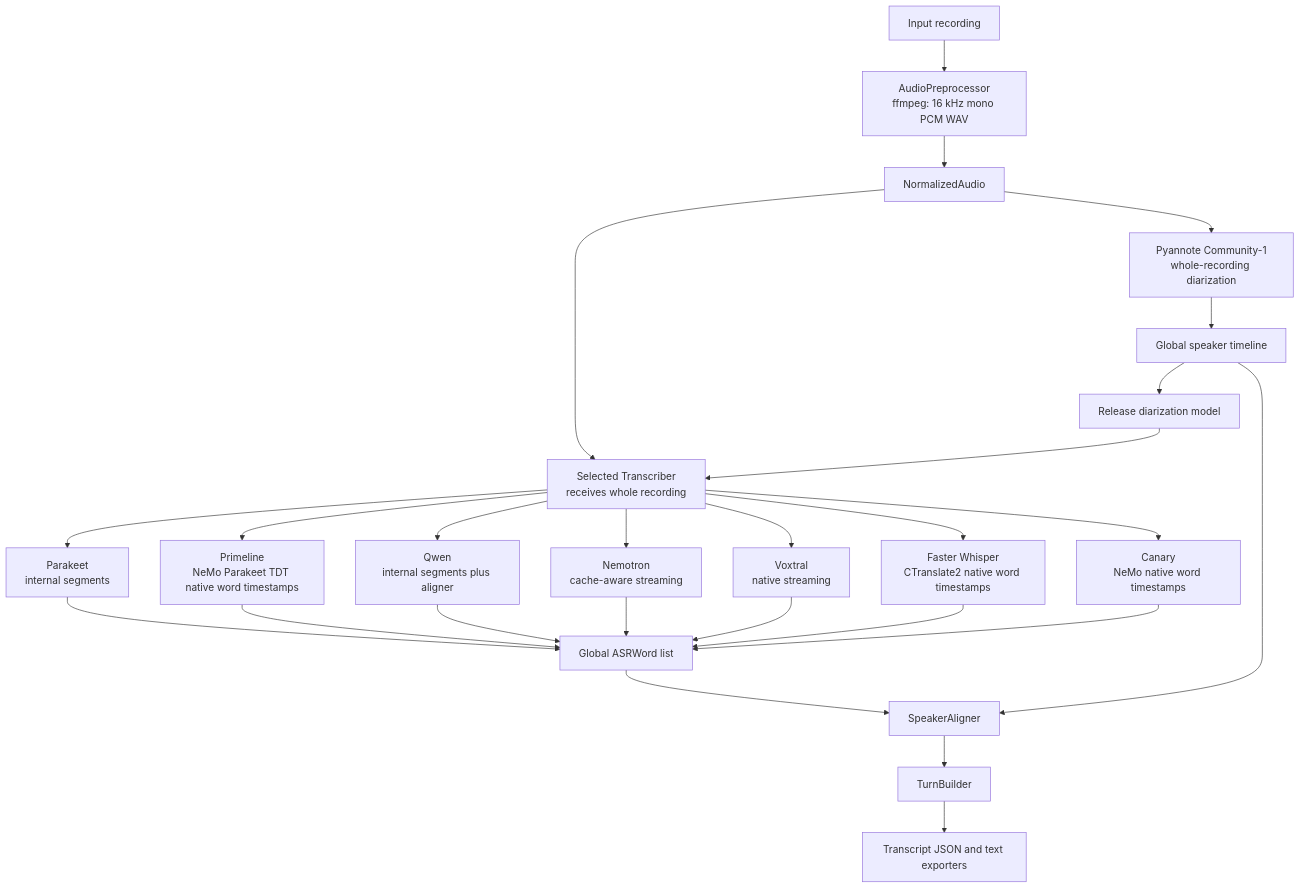
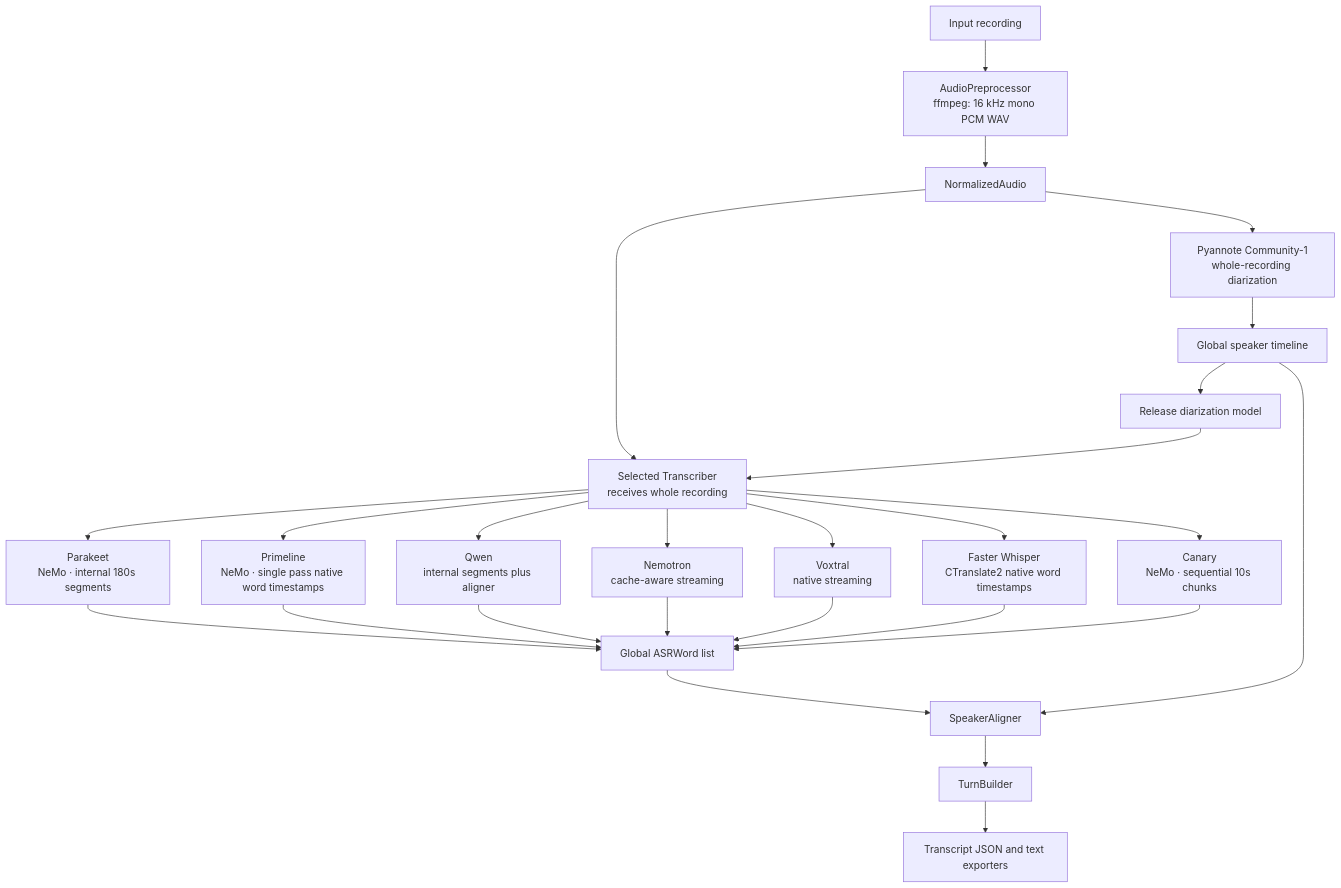
Before and after one commit to balex42/transcription-pipeline: the diagram in README.md, drawn with Mermaid. The commit also changed other lines of this file and 32 other files, not shown here.

````diff
--- a/README.md
+++ b/README.md
@@ -11,28 +25,28 @@
 ```mermaid
 flowchart TD
     input[Input recording] --> normalize[AudioPreprocessor\nffmpeg: 16 kHz mono PCM WAV]
     normalize --> audio[NormalizedAudio]
     audio --> diarize[Pyannote Community-1\nwhole-recording diarization]
     diarize --> timeline[Global speaker timeline]
     timeline --> release[Release diarization model]
     audio --> transcriber[Selected Transcriber\nreceives whole recording]
     release --> transcriber
-    transcriber --> parakeet[Parakeet\ninternal segments]
-    transcriber --> primeline[Primeline\nNeMo Parakeet TDT native word timestamps]
+    transcriber --> parakeet[Parakeet\nNeMo · internal 180s segments]
+    transcriber --> primeline[Primeline\nNeMo · single pass native word timestamps]
     transcriber --> qwen[Qwen\ninternal segments plus aligner]
     transcriber --> nemotron[Nemotron\ncache-aware streaming]
     transcriber --> voxtral[Voxtral\nnative streaming]
     transcriber --> faster_whisper[Faster Whisper\nCTranslate2 native word timestamps]
-    transcriber --> canary[Canary\nNeMo native word timestamps]
+    transcriber --> canary[Canary\nNeMo · sequential 10s chunks]
     parakeet --> words[Global ASRWord list]
     primeline --> words
     qwen --> words
     nemotron --> words
     voxtral --> words
     faster_whisper --> words
     canary --> words
     words --> align[SpeakerAligner]
     timeline --> align
     align --> turns[TurnBuilder]
     turns --> export[Transcript JSON and text exporters]
 ```
````
